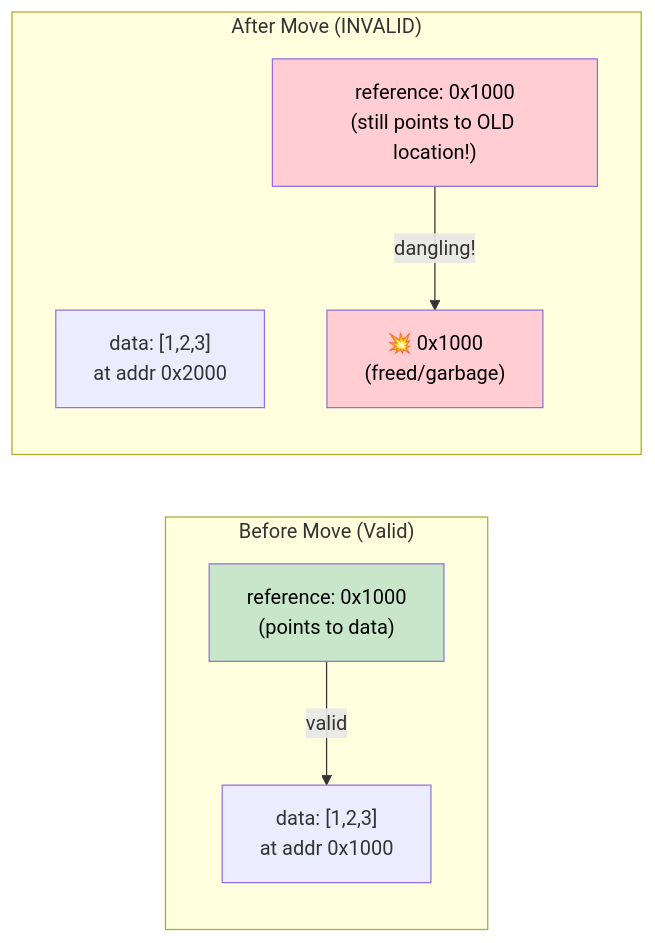
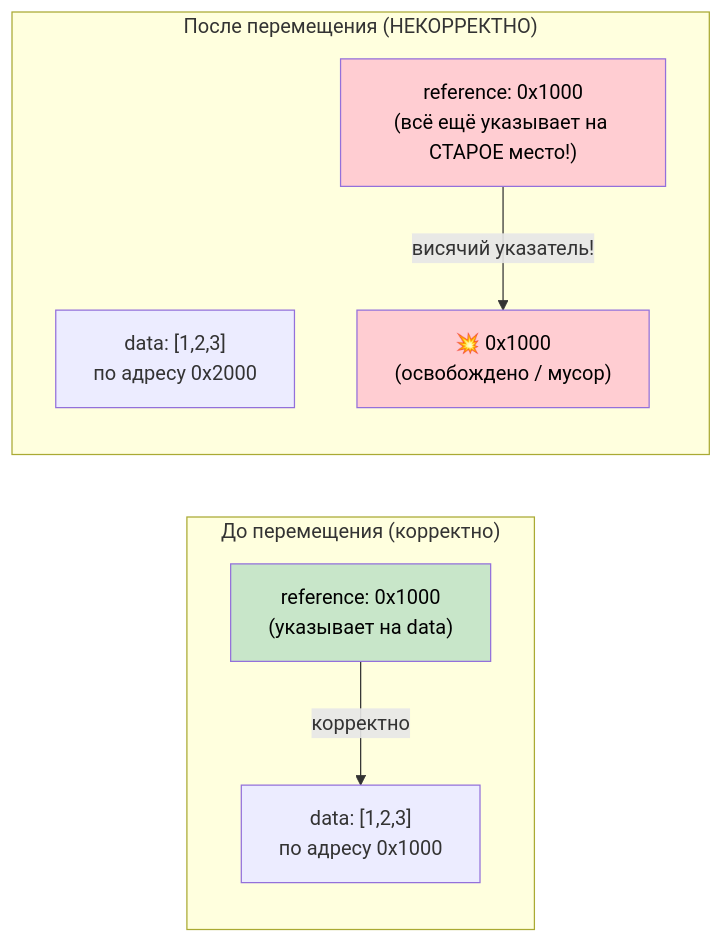
The diagram in async-book/src/ch04-pin-and-unpin.md (r007/RustTraining-Rus), drawn with Mermaid before and after one commit. The commit also changed other lines of this file and 10 other files, not shown here.

````diff
--- a/async-book/src/ch04-pin-and-unpin.md
+++ b/async-book/src/ch04-pin-and-unpin.md
@@ -40,18 +40,18 @@
 ```mermaid
 graph LR
-    subgraph "Before Move (Valid)"
-        A["data: [1,2,3]<br/>at addr 0x1000"]
-        B["reference: 0x1000<br/>(points to data)"]
-        B -->|"valid"| A
+    subgraph "До перемещения (корректно)"
+        A["data: [1,2,3]<br/>по адресу 0x1000"]
+        B["reference: 0x1000<br/>(указывает на data)"]
+        B -->|"корректно"| A
     end
 
-    subgraph "After Move (INVALID)"
-        C["data: [1,2,3]<br/>at addr 0x2000"]
-        D["reference: 0x1000<br/>(still points to OLD location!)"]
-        D -->|"dangling!"| E["💥 0x1000<br/>(freed/garbage)"]
+    subgraph "После перемещения (НЕКОРРЕКТНО)"
+        C["data: [1,2,3]<br/>по адресу 0x2000"]
+        D["reference: 0x1000<br/>(всё ещё указывает на СТАРОЕ место!)"]
+        D -->|"висячий указатель!"| E["💥 0x1000<br/>(освобождено / мусор)"]
     end
 
     style E fill:#ffcdd2,color:#000
     style D fill:#ffcdd2,color:#000
     style B fill:#c8e6c9,color:#000
 ```
````
